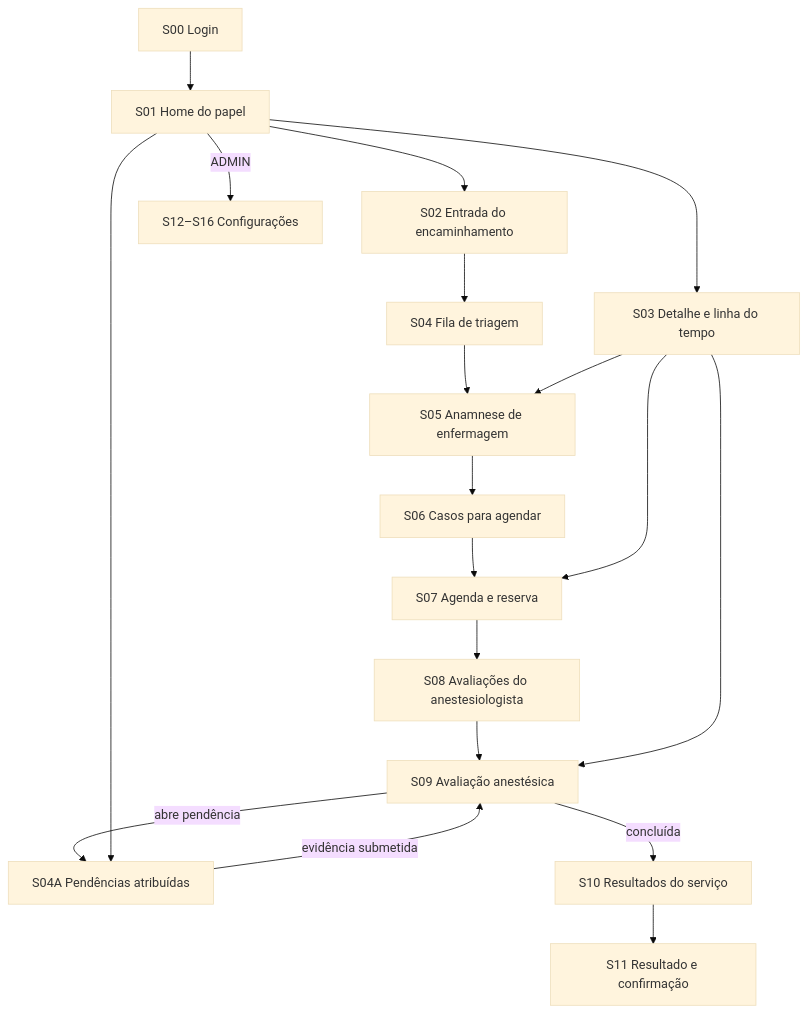
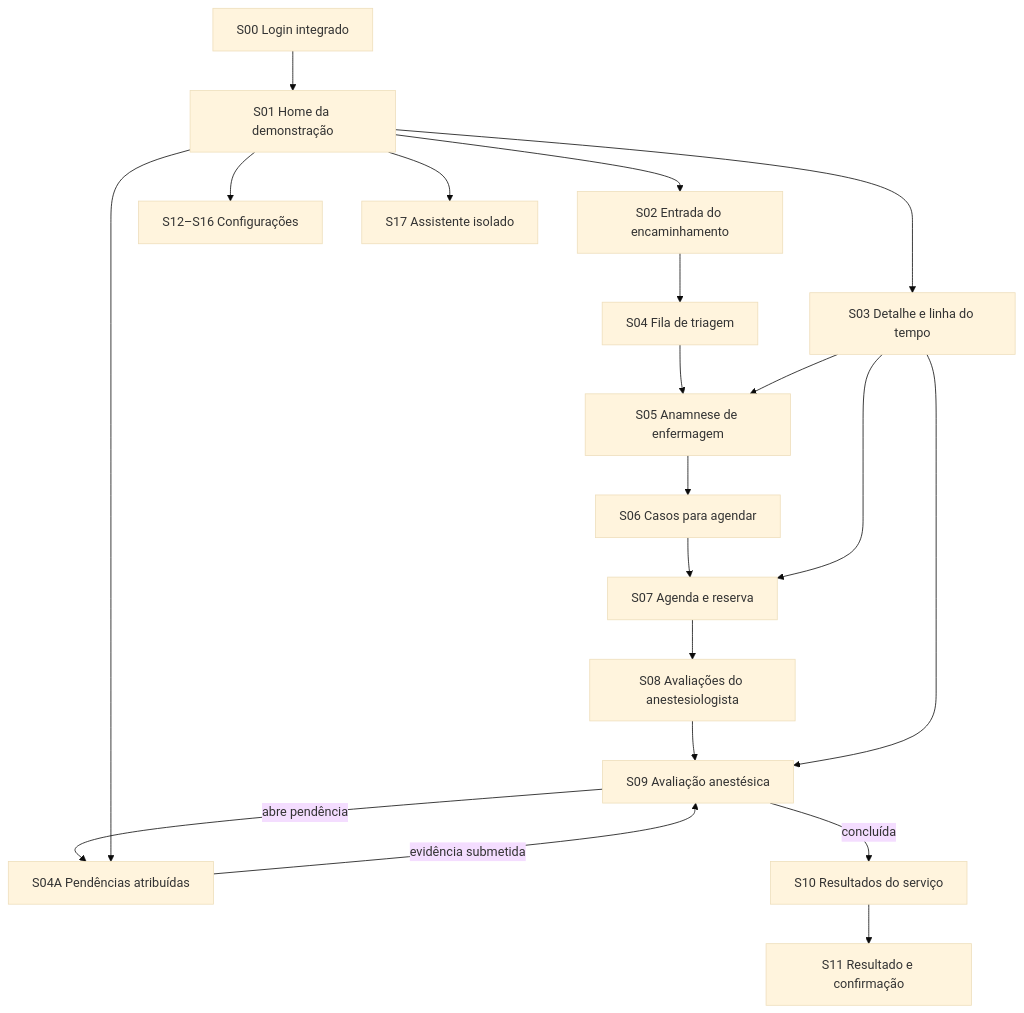
The first of 3 diagrams in hack/domains/ANALYST-superficies-e-configuracoes.md (nmarcofernandess/antessala), drawn with Mermaid (base theme) before and after one commit. The commit also changed other lines of this file and 29 other files, not shown here.

````diff
--- a/hack/domains/ANALYST-superficies-e-configuracoes.md
+++ b/hack/domains/ANALYST-superficies-e-configuracoes.md
@@ -185,21 +200,22 @@
 ```mermaid
 flowchart TD
-  login["S00 Login"] --> home["S01 Home do papel"]
+  login["S00 Login integrado"] --> home["S01 Home da demonstração"]
   home --> intake["S02 Entrada do encaminhamento"]
   intake --> nursingList["S04 Fila de triagem"]
   nursingList --> triage["S05 Anamnese de enfermagem"]
   triage --> bookingList["S06 Casos para agendar"]
   bookingList --> schedule["S07 Agenda e reserva"]
   schedule --> anesthesiaList["S08 Avaliações do anestesiologista"]
   anesthesiaList --> evaluation["S09 Avaliação anestésica"]
   evaluation -->|"abre pendência"| assigned["S04A Pendências atribuídas"]
   home --> assigned
   assigned -->|"evidência submetida"| evaluation
   evaluation -->|"concluída"| requester["S10 Resultados do serviço"]
   requester --> handoff["S11 Resultado e confirmação"]
   home --> caseDetail["S03 Detalhe e linha do tempo"]
   caseDetail --> triage
   caseDetail --> schedule
   caseDetail --> evaluation
-  home -->|"ADMIN"| settings["S12–S16 Configurações"]
+  home --> settings["S12–S16 Configurações"]
+  home --> assistant["S17 Assistente isolado"]
 ```
````
